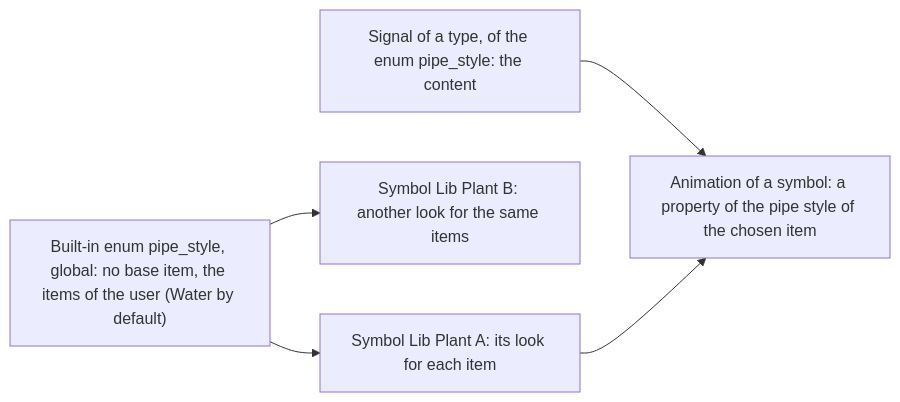
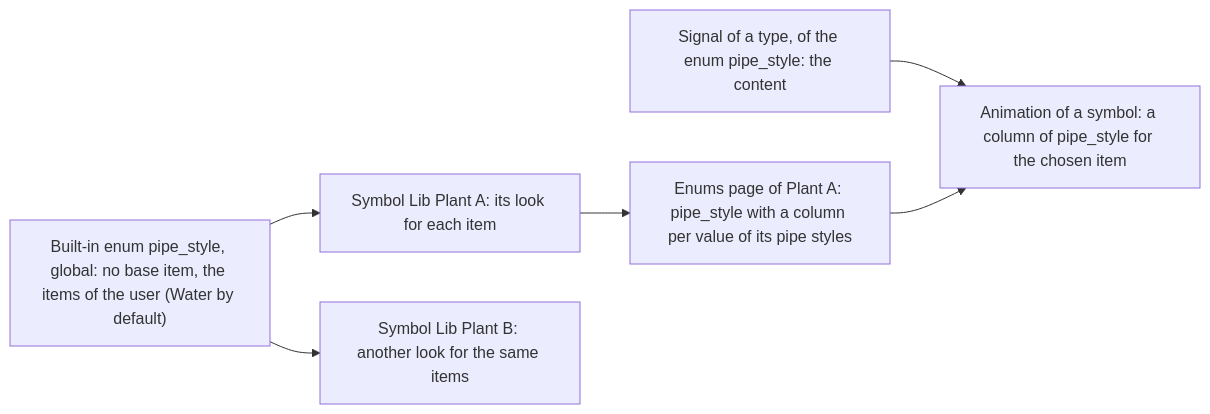
The fifth of 5 diagrams in symbols/pipes/pipe-styles.md (AlexandreGallais/synoptic-studio-spec), drawn with Mermaid before and after one commit. The commit also changed other lines of this file and 9 other files, not shown here.

````diff
--- a/symbols/pipes/pipe-styles.md
+++ b/symbols/pipes/pipe-styles.md
@@ -186,7 +195,8 @@
 ```mermaid
 flowchart LR
     E["Built-in enum pipe_style, global: no base item, the items of the user (Water by default)"] --> P1["Symbol Lib Plant A: its look for each item"]
     E --> P2["Symbol Lib Plant B: another look for the same items"]
-    S["Signal of a type, of the enum pipe_style: the content"] --> A["Animation of a symbol: a property of the pipe style of the chosen item"]
-    P1 --> A
+    P1 --> C["Enums page of Plant A: pipe_style with a column per value of its pipe styles"]
+    S["Signal of a type, of the enum pipe_style: the content"] --> A["Animation of a symbol: a column of pipe_style for the chosen item"]
+    C --> A
 ```
````
